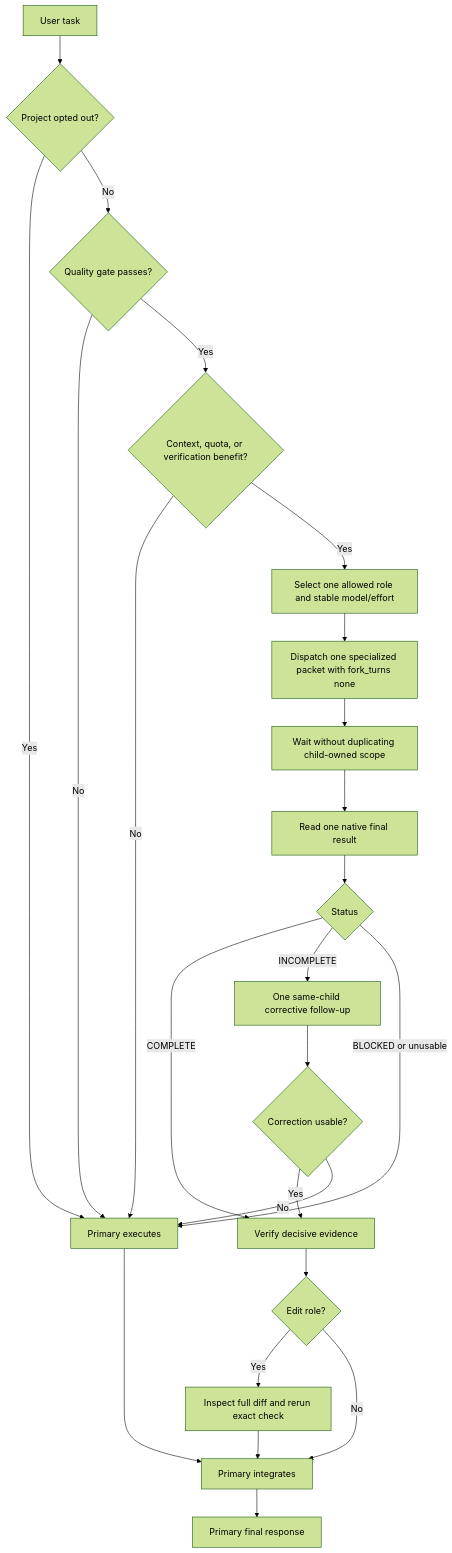
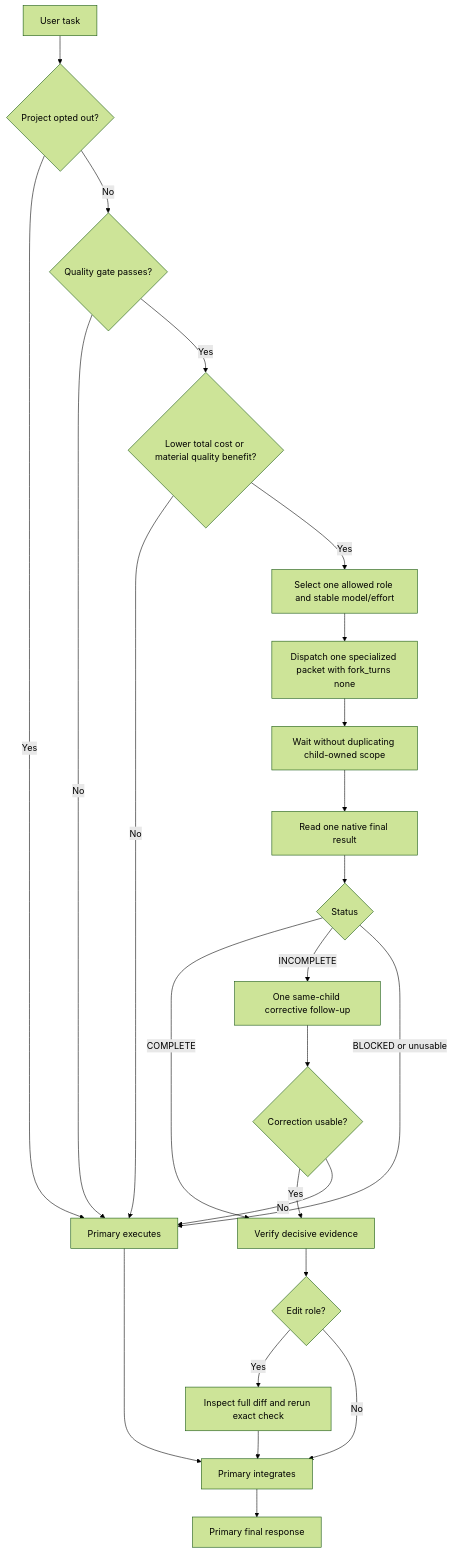
Before and after one commit to shjqwert/sol-advisor-auto: the diagram in README.md, drawn with Mermaid (forest theme). The commit also changed other lines of this file and 17 other files, not shown here.

````diff
--- a/README.md
+++ b/README.md
@@ -111,26 +120,26 @@
 ```mermaid
 flowchart TD
     A[User task] --> B{Project opted out?}
     B -->|Yes| P[Primary executes]
     B -->|No| Q{Quality gate passes?}
     Q -->|No| P
-    Q -->|Yes| G{Context, quota, or verification benefit?}
+    Q -->|Yes| G{Lower total cost or material quality benefit?}
     G -->|No| P
     G -->|Yes| R[Select one allowed role and stable model/effort]
     R --> D[Dispatch one specialized packet with fork_turns none]
     D --> W[Wait without duplicating child-owned scope]
     W --> F[Read one native final result]
     F --> S{Status}
     S -->|COMPLETE| V[Verify decisive evidence]
     S -->|INCOMPLETE| C[One same-child corrective follow-up]
     S -->|BLOCKED or unusable| P
     C --> S2{Correction usable?}
     S2 -->|Yes| V
     S2 -->|No| P
     V --> E{Edit role?}
     E -->|Yes| X[Inspect full diff and rerun exact check]
     E -->|No| I[Primary integrates]
     X --> I
     P --> I
     I --> O[Primary final response]
 ```
````
